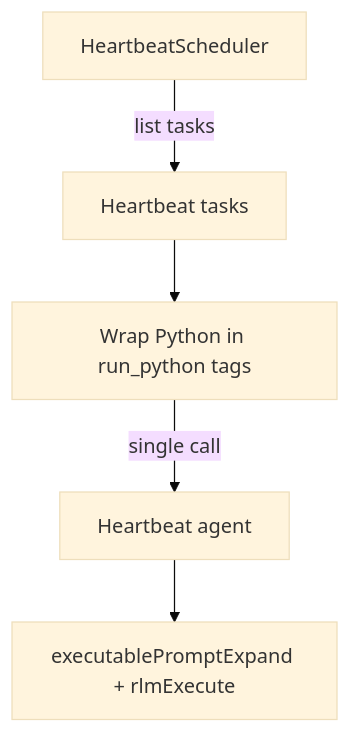
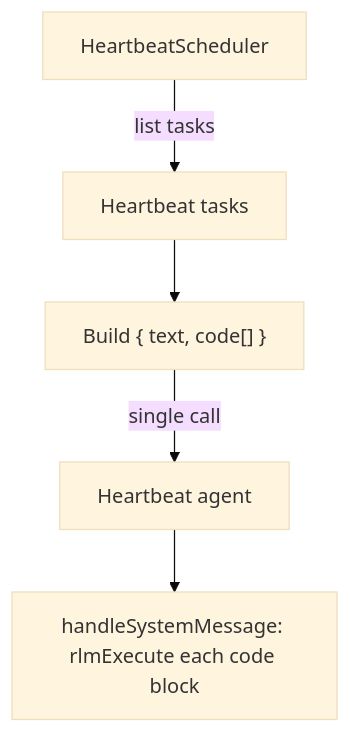
The diagram in doc/concepts/heartbeats.md (ex3ndr/daycare), drawn with Mermaid (base theme) before and after one commit. The commit also changed other lines of this file and 32 other files, not shown here.

First line of the commit message:
feat(heartbeat,cron): execute Python code blocks directly via rlmExecute

````diff
--- a/doc/concepts/heartbeats.md
+++ b/doc/concepts/heartbeats.md
@@ -29,7 +29,7 @@
 ```mermaid
 flowchart TD
   Scheduler[HeartbeatScheduler] -->|list tasks| Tasks[Heartbeat tasks]
-  Tasks --> Wrap[Wrap Python in run_python tags]
-  Wrap -->|single call| Agent[Heartbeat agent]
-  Agent --> RLM[executablePromptExpand + rlmExecute]
+  Tasks --> Build["Build { text, code[] }"]
+  Build -->|single call| Agent[Heartbeat agent]
+  Agent --> RLM["handleSystemMessage: rlmExecute each code block"]
 ```
````
